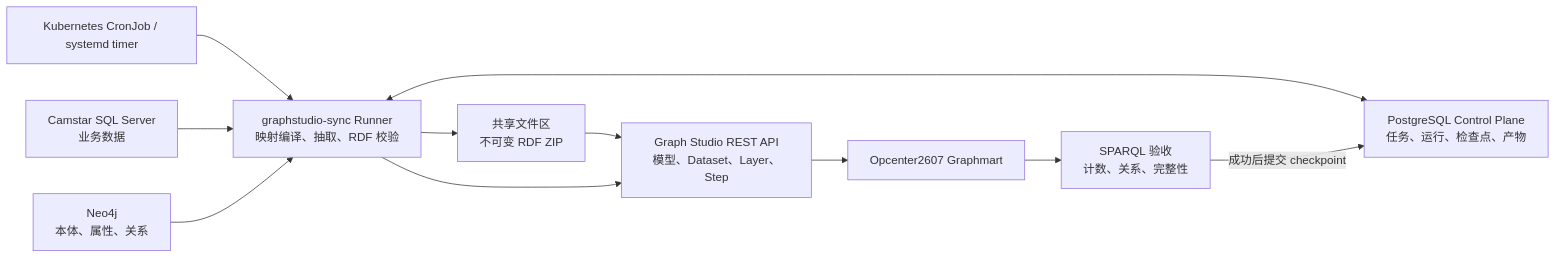
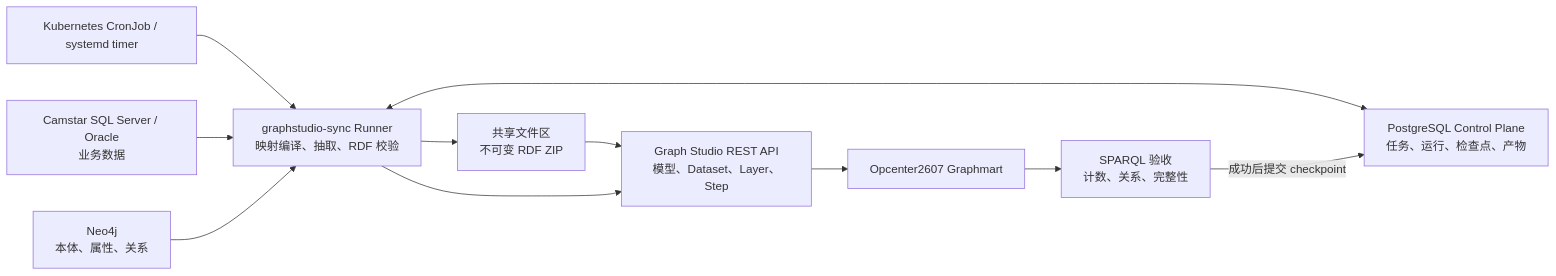
One commit to yanghengde/KnowledgeGraph changed the diagram in docs/graphstudio_sync_architecture.md. Above: the diagram before and after it, drawn with Mermaid. The commit also changed other lines of this file and 18 other files, not shown here.

Commit message:
feat: implement graphstudio-sync module for automated synchronization between Camstar and Graph Studio environments

````diff
--- a/docs/graphstudio_sync_architecture.md
+++ b/docs/graphstudio_sync_architecture.md
@@ -28,23 +28,23 @@
 ```mermaid
 flowchart LR
-    SQL["Camstar SQL Server<br/>业务数据"]
+    SQL["Camstar SQL Server / Oracle<br/>业务数据"]
     NEO["Neo4j<br/>本体、属性、关系"]
     RUN["graphstudio-sync Runner<br/>映射编译、抽取、RDF 校验"]
     PG["PostgreSQL Control Plane<br/>任务、运行、检查点、产物"]
     SHARE["共享文件区<br/>不可变 RDF ZIP"]
     API["Graph Studio REST API<br/>模型、Dataset、Layer、Step"]
     GM["Opcenter2607 Graphmart"]
     VERIFY["SPARQL 验收<br/>计数、关系、完整性"]
     CRON["Kubernetes CronJob / systemd timer"]
 
     CRON --> RUN
     SQL --> RUN
     NEO --> RUN
     RUN <--> PG
     RUN --> SHARE
     SHARE --> API
     RUN --> API
     API --> GM
     GM --> VERIFY
     VERIFY -->|"成功后提交 checkpoint"| PG
 ```
````
